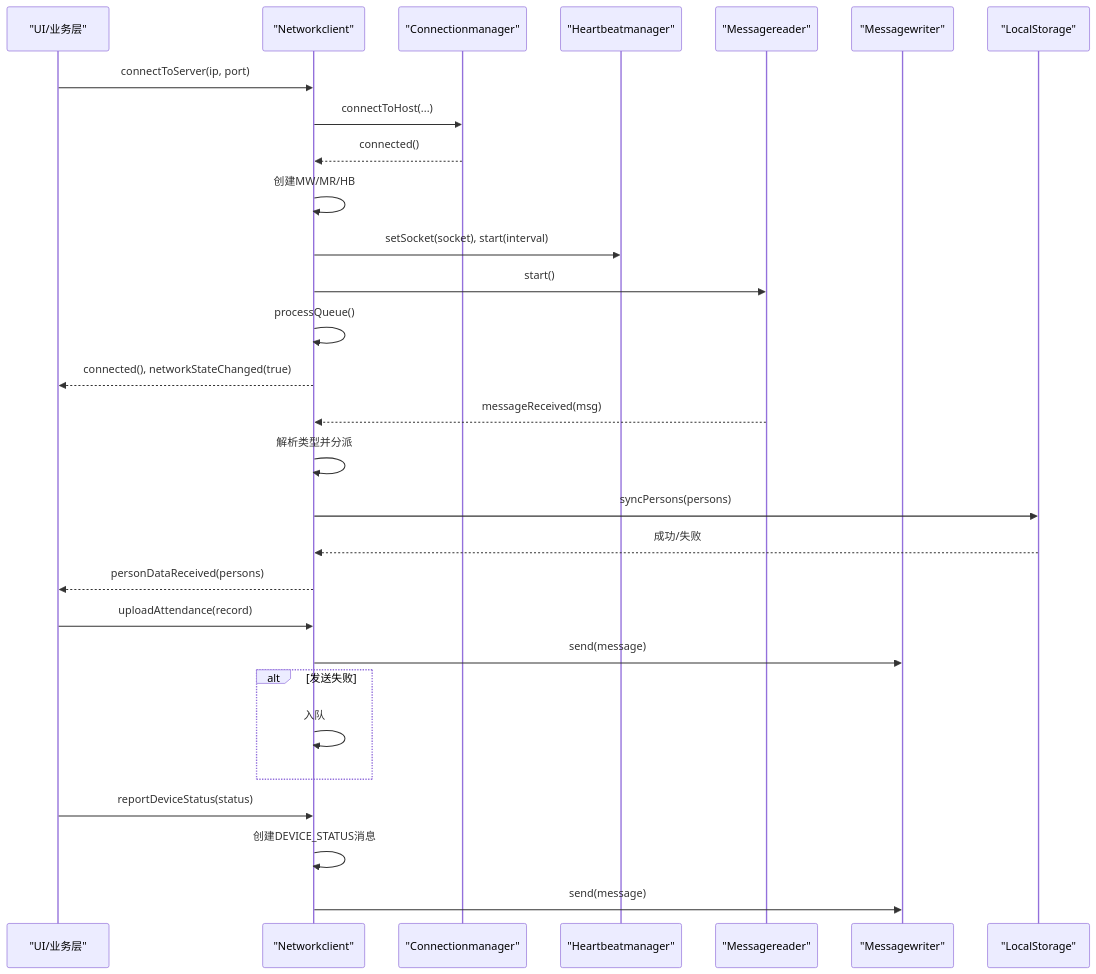
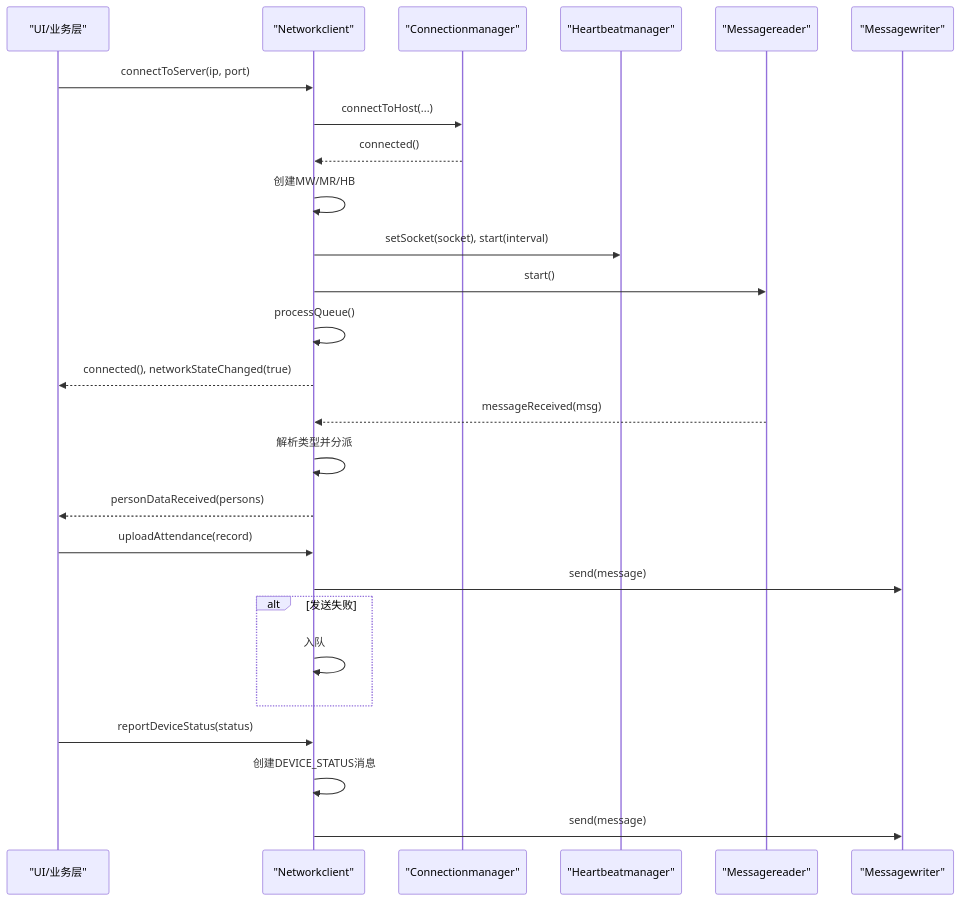
One commit to HeQiTZD/Triple-terminal-Attendance-Punching-System changed the ninth of 12 diagrams in .qoder/repowiki/zh/content/核心模块/网络客户端模块/网络客户端模块.md. Above: the diagram before and after it, drawn with Mermaid. The commit also changed other lines of this file and 27 other files, not shown here.

````diff
--- a/.qoder/repowiki/zh/content/核心模块/网络客户端模块/网络客户端模块.md
+++ b/.qoder/repowiki/zh/content/核心模块/网络客户端模块/网络客户端模块.md
@@ -461,31 +459,28 @@
 ```mermaid
 sequenceDiagram
 participant UI as "UI/业务层"
 participant NC as "Networkclient"
 participant CM as "Connectionmanager"
 participant HB as "Heartbeatmanager"
 participant MR as "Messagereader"
 participant MW as "Messagewriter"
-participant LS as "LocalStorage"
 UI->>NC : connectToServer(ip, port)
 NC->>CM : connectToHost(...)
 CM-->>NC : connected()
 NC->>NC : 创建MW/MR/HB
 NC->>HB : setSocket(socket), start(interval)
 NC->>MR : start()
 NC->>NC : processQueue()
 NC-->>UI : connected(), networkStateChanged(true)
 MR-->>NC : messageReceived(msg)
 NC->>NC : 解析类型并分派
-NC->>LS : syncPersons(persons)
-LS-->>NC : 成功/失败
 NC-->>UI : personDataReceived(persons)
 UI->>NC : uploadAttendance(record)
 NC->>MW : send(message)
 alt 发送失败
 NC->>NC : 入队
 end
 UI->>NC : reportDeviceStatus(status)
 NC->>NC : 创建DEVICE_STATUS消息
 NC->>MW : send(message)
 ```
````
